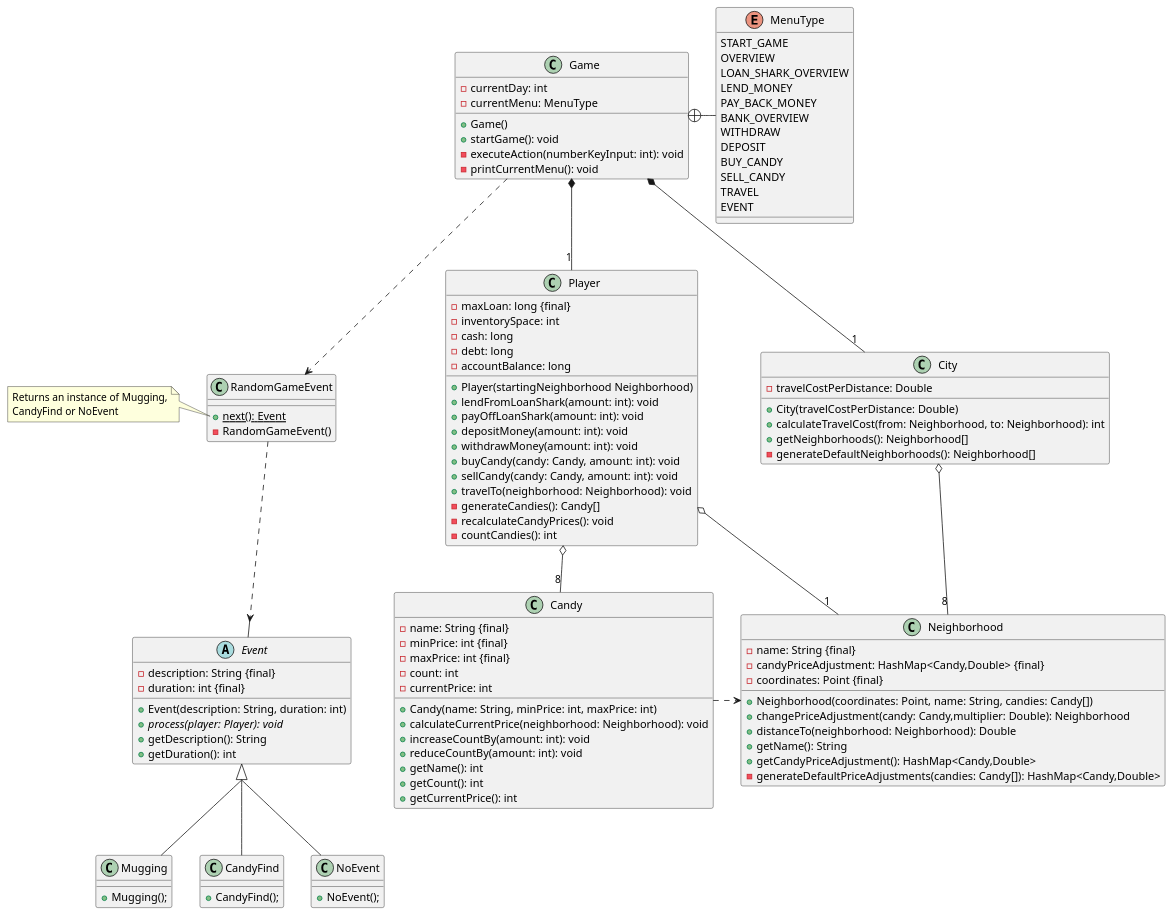
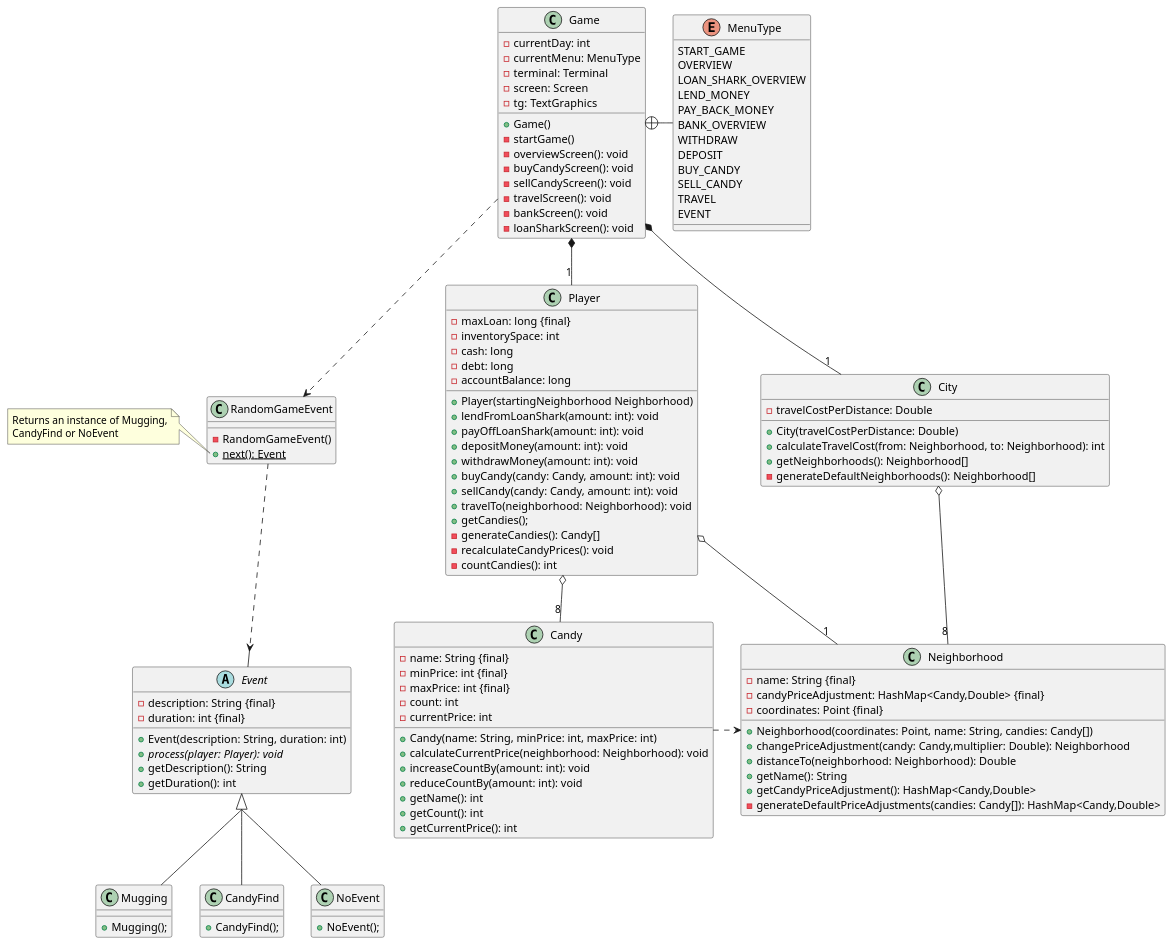
The diagram in UML/candylord.puml (Huthman/javaTraineeSchulung), drawn with PlantUML before and after one commit. The commit also changed 35 other files, not shown here.

```diff
--- a/UML/candylord.puml
+++ b/UML/candylord.puml
@@ -1,130 +1,143 @@
 @startuml
 'https://plantuml.com/class-diagram
 skinparam groupInheritance 2
 
 class Player{
     -maxLoan: long {final}
     -inventorySpace: int
     -cash: long
     -debt: long
     -accountBalance: long
     +Player(startingNeighborhood Neighborhood)
     +lendFromLoanShark(amount: int): void
     +payOffLoanShark(amount: int): void
     +depositMoney(amount: int): void
     +withdrawMoney(amount: int): void
     +buyCandy(candy: Candy, amount: int): void
     +sellCandy(candy: Candy, amount: int): void
     +travelTo(neighborhood: Neighborhood): void
+    +getCandies();
     -generateCandies(): Candy[]
     -recalculateCandyPrices(): void
     -countCandies(): int
 }
 
 enum MenuType{
     START_GAME
     OVERVIEW
     LOAN_SHARK_OVERVIEW
     LEND_MONEY
     PAY_BACK_MONEY
     BANK_OVERVIEW
     WITHDRAW
     DEPOSIT
     BUY_CANDY
     SELL_CANDY
     TRAVEL
     EVENT
 }
 
 class Game{
     -currentDay: int
     -currentMenu: MenuType
+    -terminal: Terminal
+    -screen: Screen
+    -tg: TextGraphics
+
     +Game()
-    +startGame(): void
-    -executeAction(numberKeyInput: int): void
-    -printCurrentMenu(): void
+    -startGame()
+    -overviewScreen(): void
+    -buyCandyScreen(): void
+    -sellCandyScreen(): void
+    -travelScreen(): void
+    -bankScreen(): void
+    -loanSharkScreen(): void
 }
 
 class Candy{
     -name: String {final}
     -minPrice: int {final}
     -maxPrice: int {final}
     -count: int
     -currentPrice: int
+
     +Candy(name: String, minPrice: int, maxPrice: int)
     +calculateCurrentPrice(neighborhood: Neighborhood): void
     +increaseCountBy(amount: int): void
     +reduceCountBy(amount: int): void
     +getName(): int
     +getCount(): int
     +getCurrentPrice(): int
 }
 
 abstract class Event{
     -description: String {final}
     -duration: int {final}
+
     +Event(description: String, duration: int)
     +process(player: Player): void {abstract}
     +getDescription(): String
     +getDuration(): int
 }
 
 class Mugging{
     +Mugging();
 }
 class CandyFind{
     +CandyFind();
 }
 class NoEvent{
     +NoEvent();
 }
 
 
 class City{
     -travelCostPerDistance: Double
+
     +City(travelCostPerDistance: Double)
     +calculateTravelCost(from: Neighborhood, to: Neighborhood): int
     +getNeighborhoods(): Neighborhood[]
     -generateDefaultNeighborhoods(): Neighborhood[]
 }
 
 class Neighborhood{
     -name: String {final}
     -candyPriceAdjustment: HashMap<Candy,Double> {final}
     -coordinates: Point {final}
+
     +Neighborhood(coordinates: Point, name: String, candies: Candy[])
     +changePriceAdjustment(candy: Candy,multiplier: Double): Neighborhood
     +distanceTo(neighborhood: Neighborhood): Double
     +getName(): String
     +getCandyPriceAdjustment(): HashMap<Candy,Double>
     -generateDefaultPriceAdjustments(candies: Candy[]): HashMap<Candy,Double>
 }
 
 
 class RandomGameEvent{
+    -RandomGameEvent()
     +next(): Event {static}
-    -RandomGameEvent()
 }
 note left of RandomGameEvent::next
     Returns an instance of Mugging,
     CandyFind or NoEvent
 end note
 
 City o-- "8" Neighborhood
 
 Player o-- "8" Candy
 
 Game *- "1" Player
 Game *-- "1" City
 Game ..> RandomGameEvent
 RandomGameEvent ..> Event
 Candy .> Neighborhood
 Player o-- "1" Neighborhood
 Event <|-- Mugging
 Event <|-- CandyFind
 Event <|-- NoEvent
 Game +- MenuType
 
 
 
 @enduml
```
